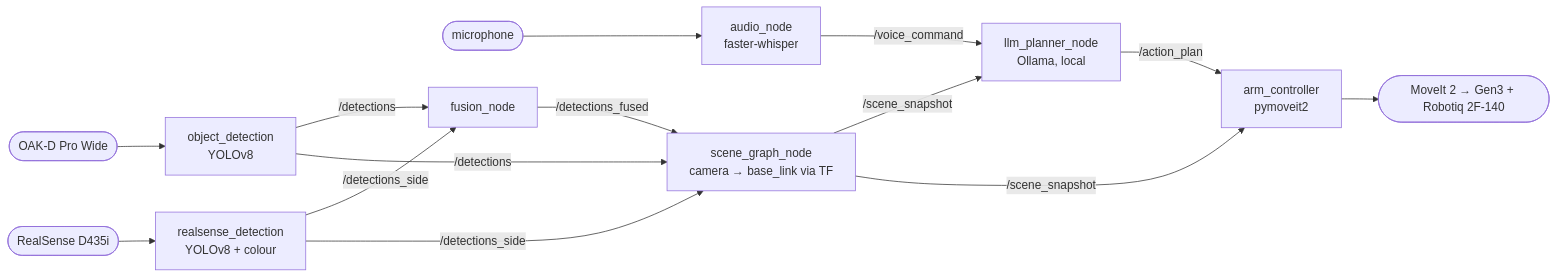
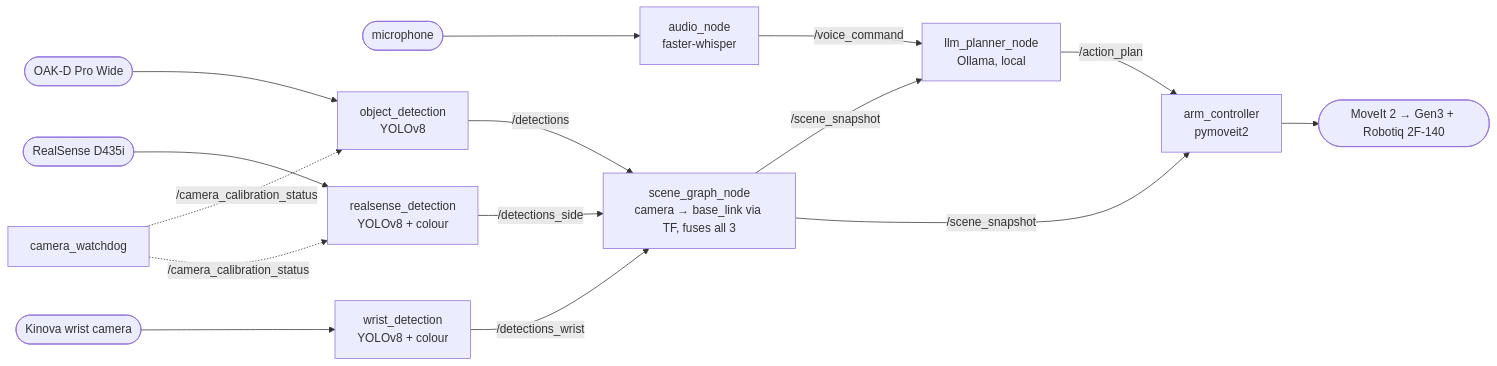
One commit to Shashy2305/KinovaARM changed the diagram in README.md. Above: the diagram before and after it, drawn with Mermaid. The commit also changed other lines of this file and 8 other files, not shown here.

````diff
--- a/README.md
+++ b/README.md
@@ -22,16 +22,17 @@
 ```mermaid
 flowchart LR
     MIC([microphone]) --> AUD[audio_node<br/>faster-whisper]
     AUD -- /voice_command --> LLM[llm_planner_node<br/>Ollama, local]
     OAK([OAK-D Pro Wide]) --> OD[object_detection<br/>YOLOv8]
     RS([RealSense D435i]) --> RD[realsense_detection<br/>YOLOv8 + colour]
-    OD -- /detections --> FUS[fusion_node]
-    RD -- /detections_side --> FUS
+    WRIST([Kinova wrist camera]) --> WD[wrist_detection<br/>YOLOv8 + colour]
     OD -- /detections --> SG
     RD -- /detections_side --> SG
-    FUS -- /detections_fused --> SG[scene_graph_node<br/>camera → base_link via TF]
+    WD -- /detections_wrist --> SG[scene_graph_node<br/>camera → base_link via TF, fuses all 3]
+    CW[camera_watchdog] -. /camera_calibration_status .-> OD
+    CW -. /camera_calibration_status .-> RD
     SG -- /scene_snapshot --> LLM
     SG -- /scene_snapshot --> ARM
     LLM -- /action_plan --> ARM[arm_controller<br/>pymoveit2]
     ARM --> MI([MoveIt 2 → Gen3 + Robotiq 2F-140])
 ```
````
